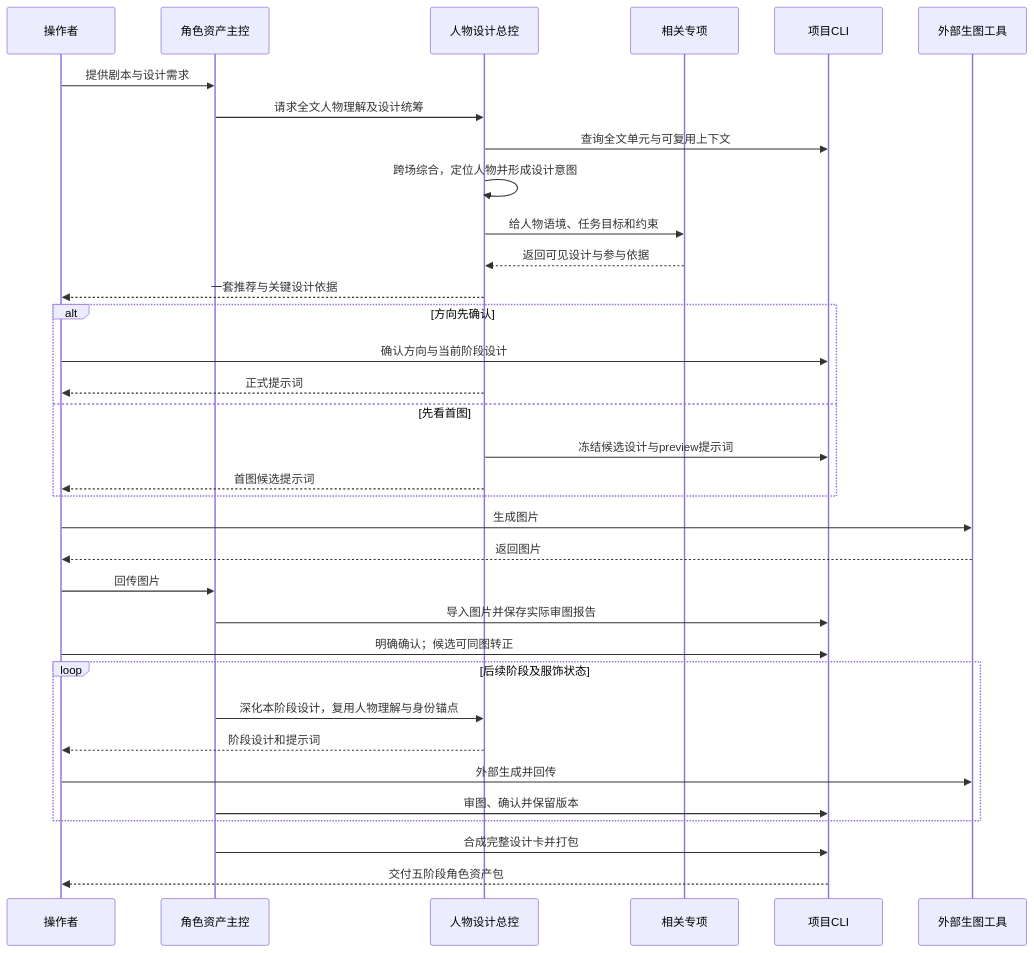
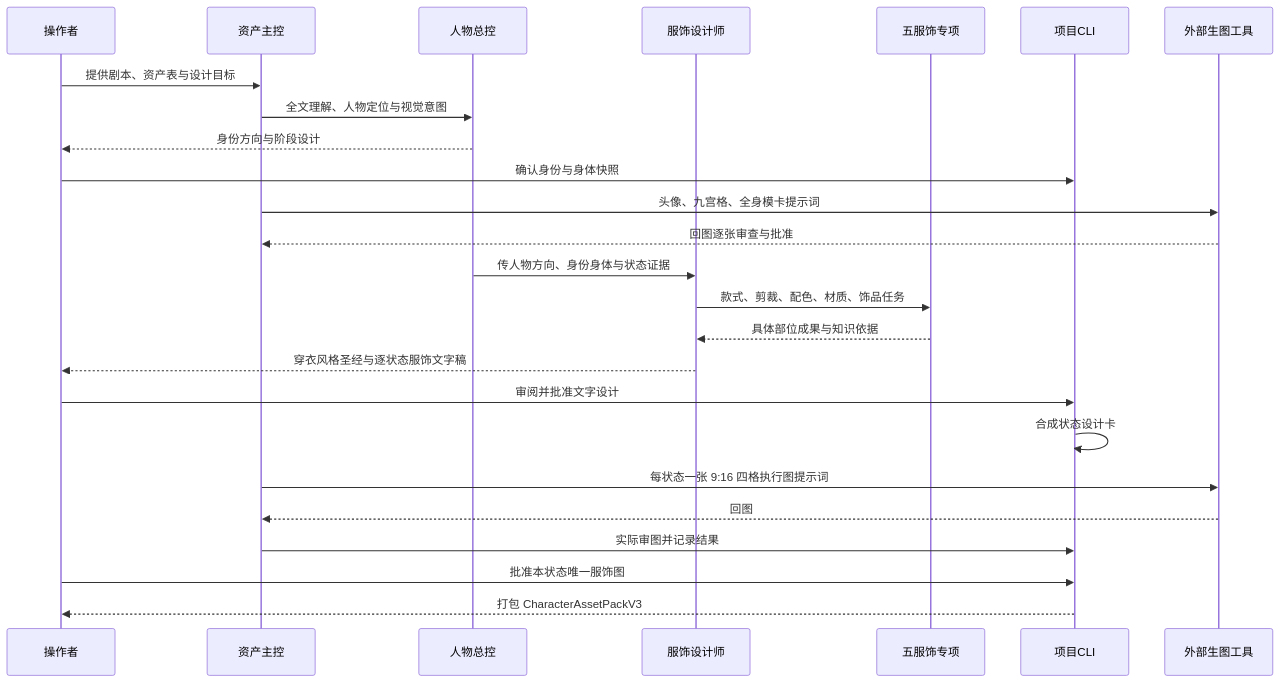
Before and after one commit to kaibaoxiang-studio/ZiChan: the second of 3 diagrams in README.md, drawn with Mermaid. The commit also changed other lines of this file and 70 other files, not shown here.

````diff
--- a/README.md
+++ b/README.md
@@ -58,36 +52,27 @@
 ```mermaid
 sequenceDiagram
     participant U as 操作者
-    participant P as 角色资产主控
-    participant D as 人物设计总控
-    participant S as 相关专项
+    participant P as 资产主控
+    participant D as 人物总控
+    participant W as 服饰设计师
+    participant S as 五服饰专项
     participant C as 项目CLI
     participant G as 外部生图工具
-    U->>P: 提供剧本与设计需求
-    P->>D: 请求全文人物理解及设计统筹
-    D->>C: 查询全文单元与可复用上下文
-    D->>D: 跨场综合，定位人物并形成设计意图
-    D->>S: 给人物语境、任务目标和约束
-    S-->>D: 返回可见设计与参与依据
-    D-->>U: 一套推荐与关键设计依据
-    alt 方向先确认
-        U->>C: 确认方向与当前阶段设计
-        D-->>U: 正式提示词
-    else 先看首图
-        D->>C: 冻结候选设计与preview提示词
-        D-->>U: 首图候选提示词
-    end
-    U->>G: 生成图片
-    G-->>U: 返回图片
-    U->>P: 回传图片
-    P->>C: 导入图片并保存实际审图报告
-    U->>C: 明确确认；候选可同图转正
-    loop 后续阶段及服饰状态
-        P->>D: 深化本阶段设计，复用人物理解与身份锚点
-        D-->>U: 阶段设计和提示词
-        U->>G: 外部生成并回传
-        P->>C: 审图、确认并保留版本
-    end
-    P->>C: 合成完整设计卡并打包
-    C-->>U: 交付五阶段角色资产包
+    U->>P: 提供剧本、资产表与设计目标
+    P->>D: 全文理解、人物定位与视觉意图
+    D-->>U: 身份方向与阶段设计
+    U->>C: 确认身份与身体快照
+    P->>G: 头像、九宫格、全身模卡提示词
+    G-->>P: 回图逐张审查与批准
+    D->>W: 传人物方向、身份身体与状态证据
+    W->>S: 款式、剪裁、配色、材质、饰品任务
+    S-->>W: 具体部位成果与知识依据
+    W-->>U: 穿衣风格圣经与逐状态服饰文字稿
+    U->>C: 审阅并批准文字设计
+    C->>C: 合成状态设计卡
+    P->>G: 每状态一张 9:16 四格执行图提示词
+    G-->>P: 回图
+    P->>C: 实际审图并记录结果
+    U->>C: 批准本状态唯一服饰图
+    C-->>U: 打包 CharacterAssetPackV3
 ```
````
